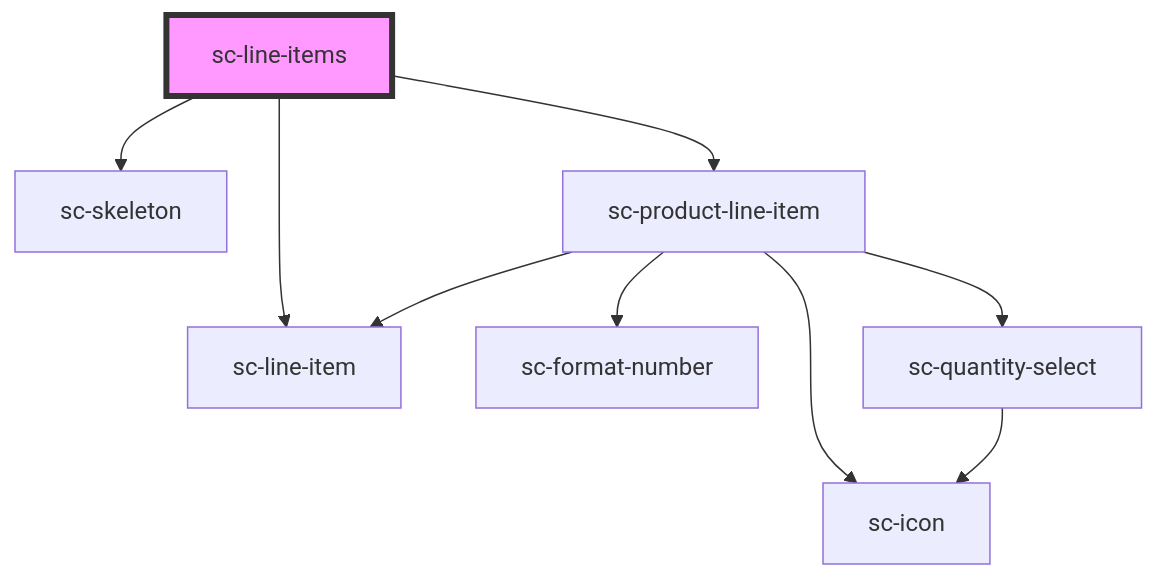
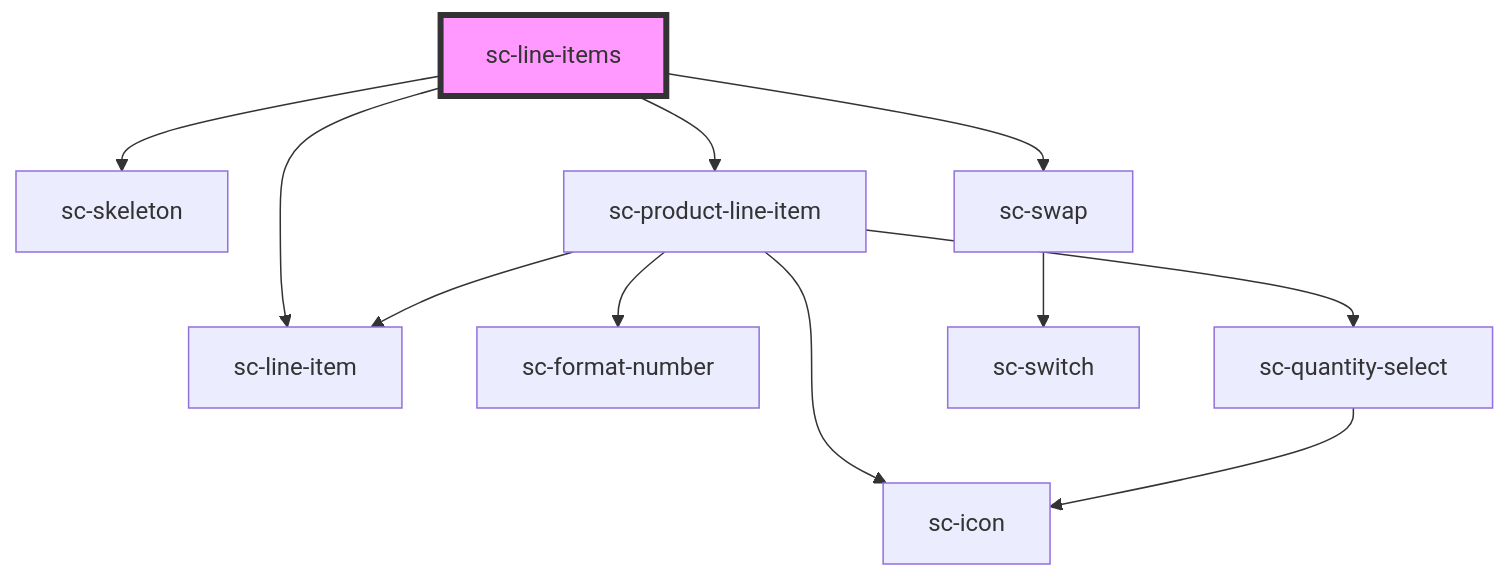
Before and after one commit to surecart/surecart-wp-plugin: the diagram in packages/components/src/components/controllers/checkout-form/line-items/readme.md, drawn with Mermaid. The commit also changed other lines of this file and 16 other files, not shown here.

````diff
--- a/packages/components/src/components/controllers/checkout-form/line-items/readme.md
+++ b/packages/components/src/components/controllers/checkout-form/line-items/readme.md
@@ -48,12 +49,14 @@
 ```mermaid
 graph TD;
   sc-line-items --> sc-line-item
   sc-line-items --> sc-skeleton
   sc-line-items --> sc-product-line-item
+  sc-line-items --> sc-swap
   sc-product-line-item --> sc-format-number
   sc-product-line-item --> sc-quantity-select
   sc-product-line-item --> sc-icon
   sc-product-line-item --> sc-line-item
   sc-quantity-select --> sc-icon
+  sc-swap --> sc-switch
   style sc-line-items fill:#f9f,stroke:#333,stroke-width:4px
 ```
````
